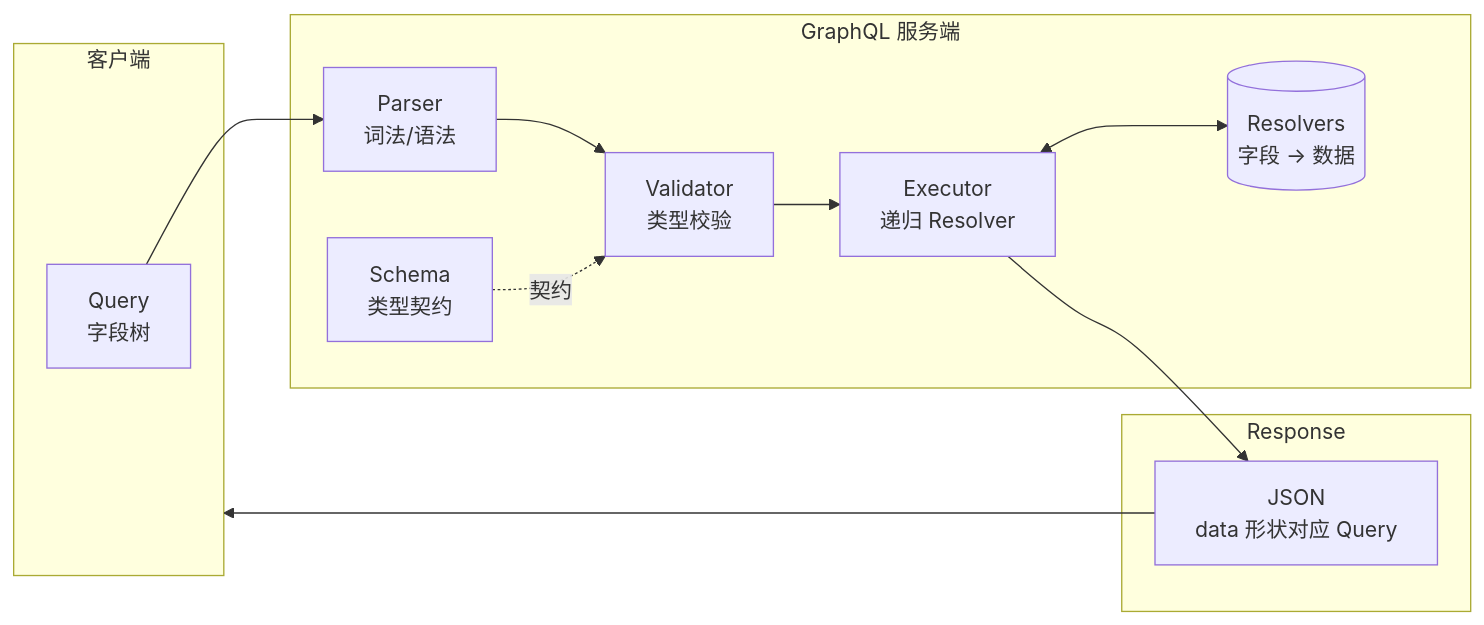
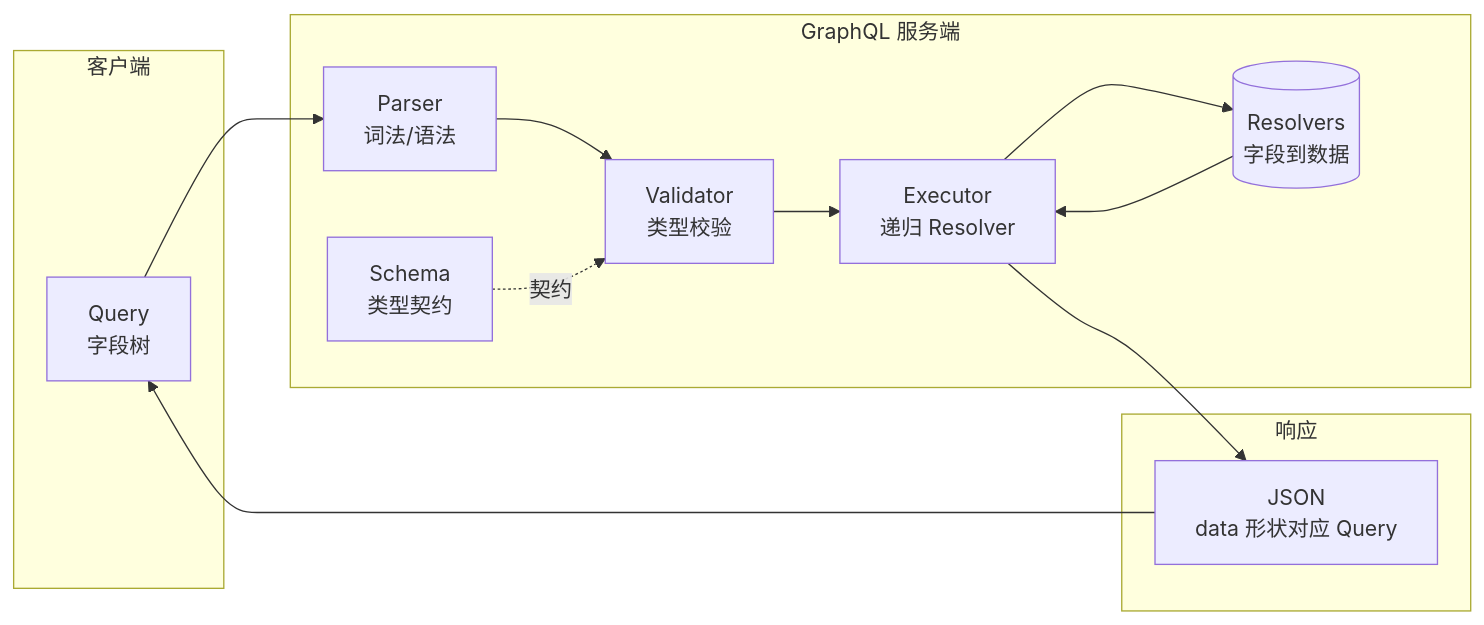
Before and after one commit to wsafight/personBlog: the first of 2 diagrams in src/content/posts/graphql-query-execution.md, drawn with Mermaid. The commit also changed other lines of this file, not shown here.

Commit message:
docs(graphql-docs): 修正mermaid图表的引号和文本格式

````diff
--- a/src/content/posts/graphql-query-execution.md
+++ b/src/content/posts/graphql-query-execution.md
@@ -28,23 +28,25 @@
 ```mermaid
 flowchart LR
-    subgraph Client[客户端]
-        Q[Query<br/>字段树]
+    subgraph Client["客户端"]
+        Q["Query<br/>字段树"]
     end
-    subgraph Server[GraphQL 服务端]
-        S[Schema<br/>类型契约]
-        P[Parser<br/>词法/语法]
-        V[Validator<br/>类型校验]
-        E[Executor<br/>递归 Resolver]
-        R[(Resolvers<br/>字段 → 数据)]
+    subgraph Server["GraphQL 服务端"]
+        S["Schema<br/>类型契约"]
+        P["Parser<br/>词法/语法"]
+        V["Validator<br/>类型校验"]
+        E["Executor<br/>递归 Resolver"]
+        R[("Resolvers<br/>字段到数据")]
     end
-    subgraph Response
-        J[JSON<br/>data 形状对应 Query]
+    subgraph Response["响应"]
+        J["JSON<br/>data 形状对应 Query"]
     end
 
-    Q --> P --> V
-    S -.契约.-> V
+    Q --> P
+    P --> V
+    S -. 契约 .-> V
     V --> E
-    E <--> R
+    E --> R
+    R --> E
     E --> J
-    J --> Client
+    J --> Q
 ```
````
